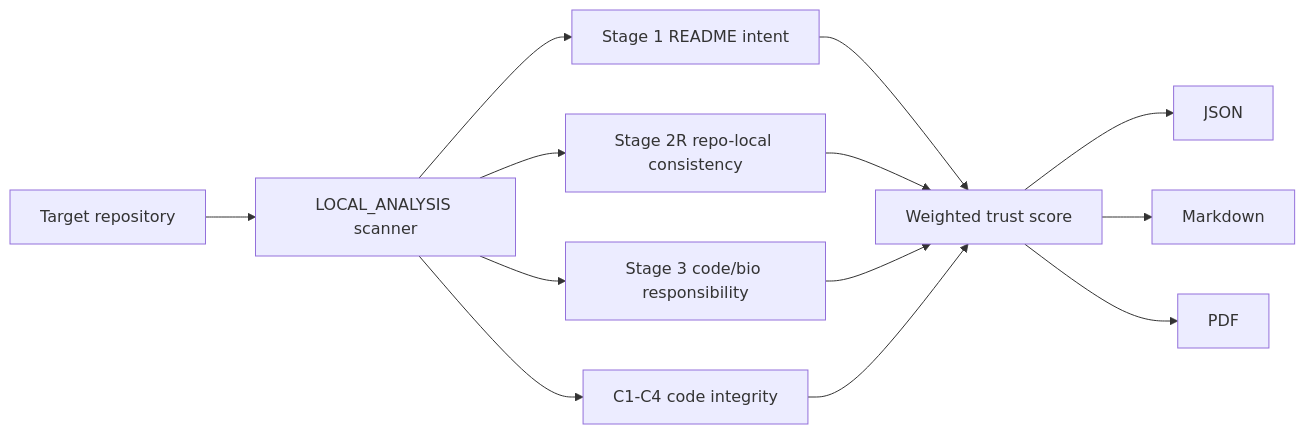
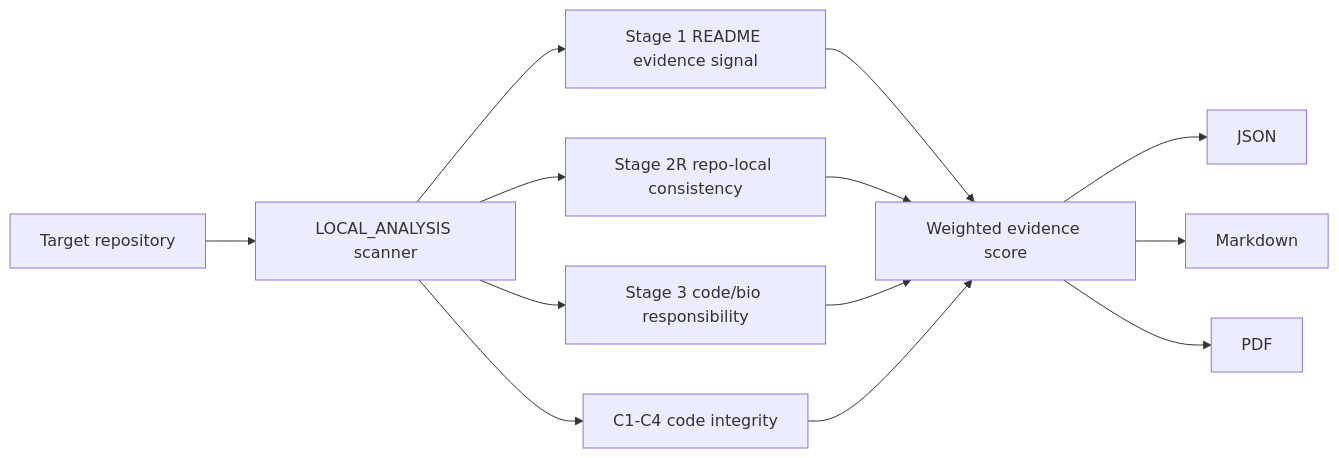
The diagram in README.md (flamehaven01/STEM-BIO-AI), drawn with Mermaid before and after one commit. The commit also changed other lines of this file and 6 other files, not shown here.

First line of the commit message:
chore: v1.2.0 residual label cleanup -- trust/intent language removed from SKILL, app, CLI, render

````diff
--- a/README.md
+++ b/README.md
@@ -154,15 +154,15 @@
 ```mermaid
 flowchart LR
     A[Target repository] --> B[LOCAL_ANALYSIS scanner]
-    B --> C[Stage 1 README intent]
+    B --> C[Stage 1 README evidence signal]
     B --> D[Stage 2R repo-local consistency]
     B --> E[Stage 3 code/bio responsibility]
     B --> F[C1-C4 code integrity]
-    C --> G[Weighted trust score]
+    C --> G[Weighted evidence score]
     D --> G
     E --> G
     F --> G
     G --> H[JSON]
     G --> I[Markdown]
     G --> J[PDF]
 ```
````
